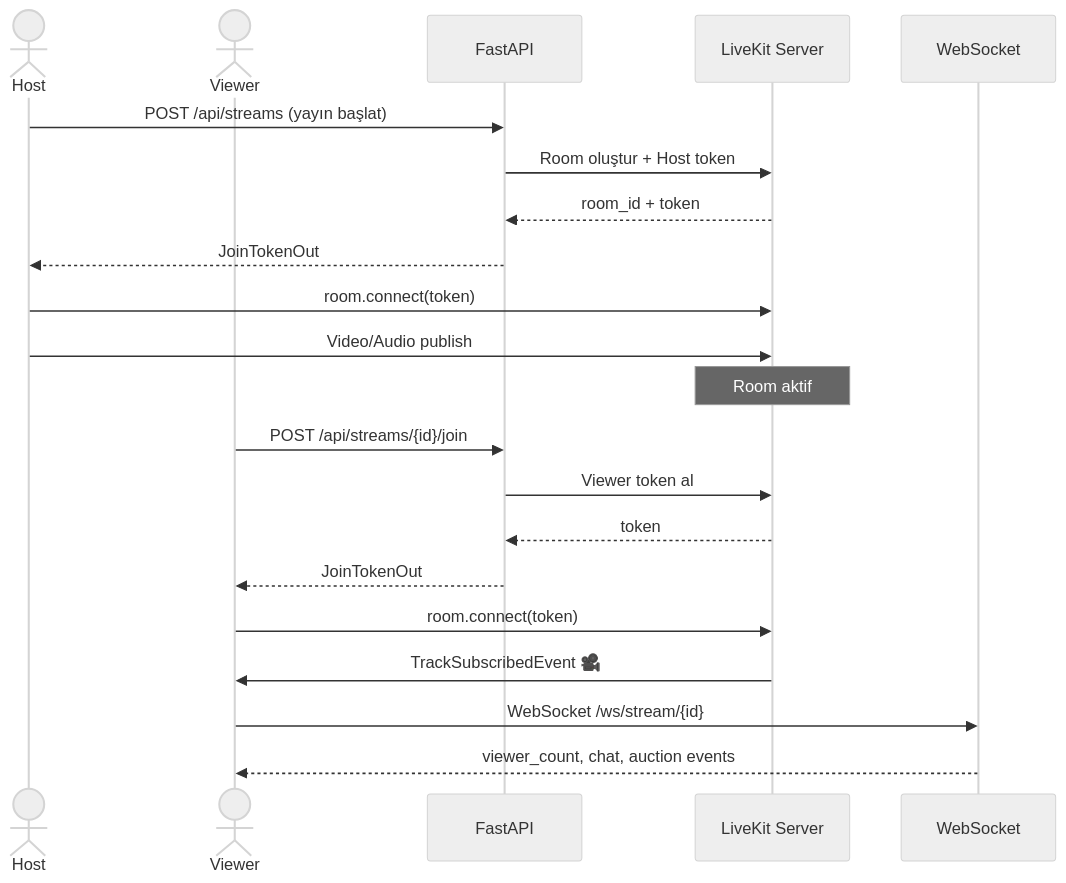
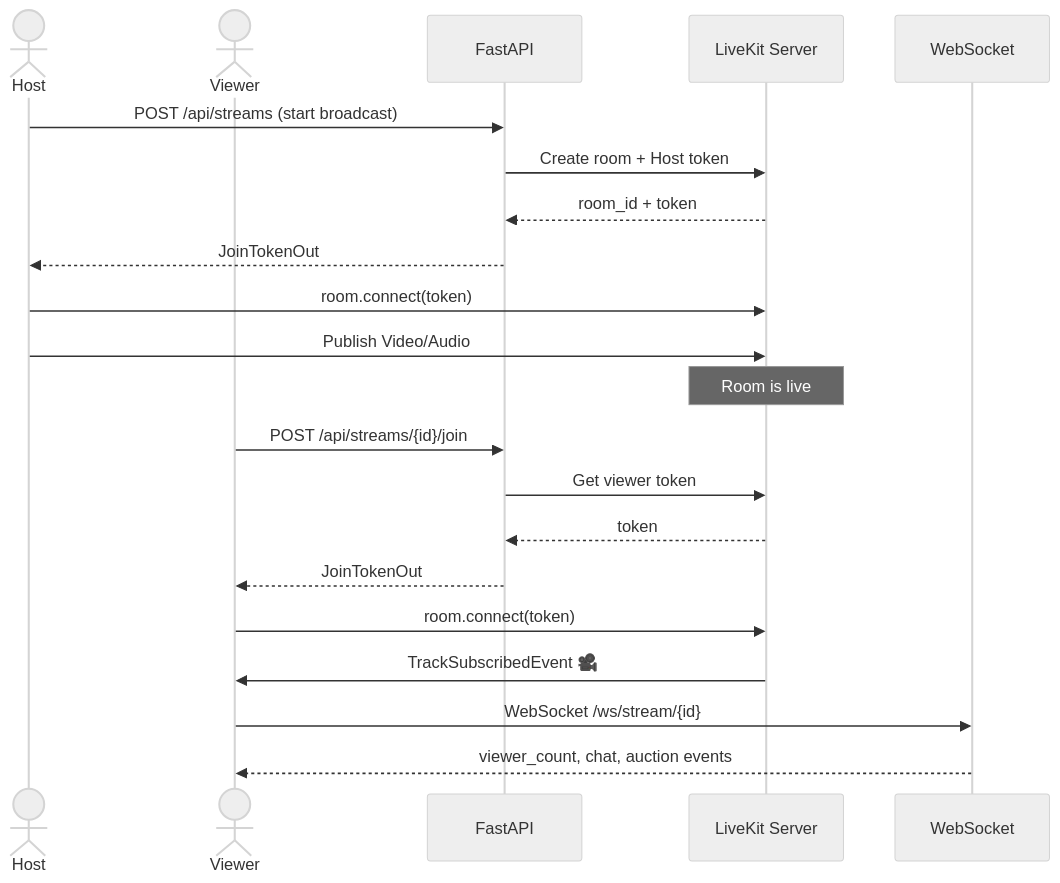
Before and after one commit to tucibeyin/teqlif: the third of 10 diagrams in README.md, drawn with Mermaid (neutral theme). The commit also changed other lines of this file, not shown here.

````diff
--- a/README.md
+++ b/README.md
@@ -148,25 +148,25 @@
 ```mermaid
 sequenceDiagram
     actor Host
     actor Viewer
     participant API as FastAPI
     participant LK as LiveKit Server
     participant WS as WebSocket
 
-    Host->>API: POST /api/streams (yayın başlat)
-    API->>LK: Room oluştur + Host token
+    Host->>API: POST /api/streams (start broadcast)
+    API->>LK: Create room + Host token
     LK-->>API: room_id + token
     API-->>Host: JoinTokenOut
     Host->>LK: room.connect(token)
-    Host->>LK: Video/Audio publish
-    Note over LK: Room aktif
+    Host->>LK: Publish Video/Audio
+    Note over LK: Room is live
 
     Viewer->>API: POST /api/streams/{id}/join
-    API->>LK: Viewer token al
+    API->>LK: Get viewer token
     LK-->>API: token
     API-->>Viewer: JoinTokenOut
     Viewer->>LK: room.connect(token)
     LK->>Viewer: TrackSubscribedEvent 🎥
     Viewer->>WS: WebSocket /ws/stream/{id}
     WS-->>Viewer: viewer_count, chat, auction events
 ```
````
